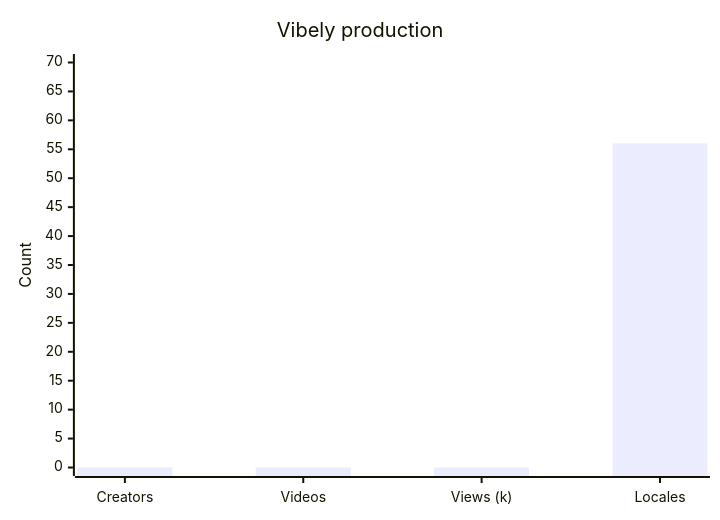
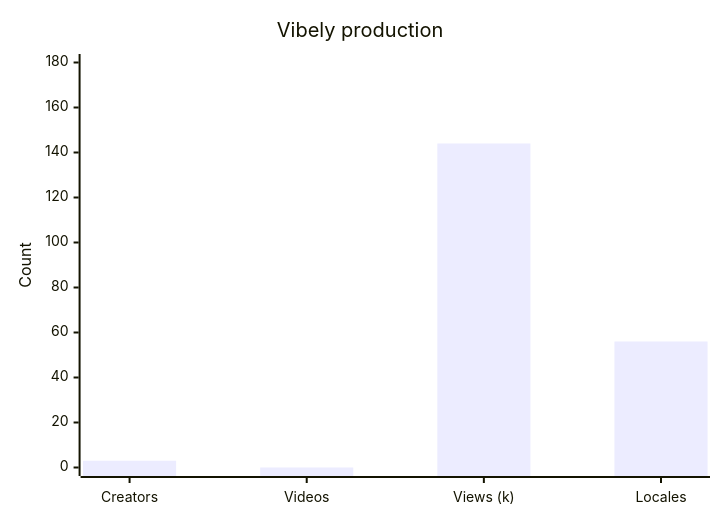
Before and after one commit to KienCuongSoftware/Vibely: the first of 2 diagrams in README.md, drawn with Mermaid. The commit also changed other lines of this file and 4 other files, not shown here.

````diff
--- a/README.md
+++ b/README.md
@@ -21,7 +21,7 @@
 ```mermaid
 xychart-beta
     title "Vibely production"
     x-axis [Creators, Videos, "Views (k)", Locales]
-    y-axis "Count" 0 --> 70
-    bar [0, 0, 0, 56]
+    y-axis "Count" 0 --> 180
+    bar [3, 0, 144, 56]
 ```
````
